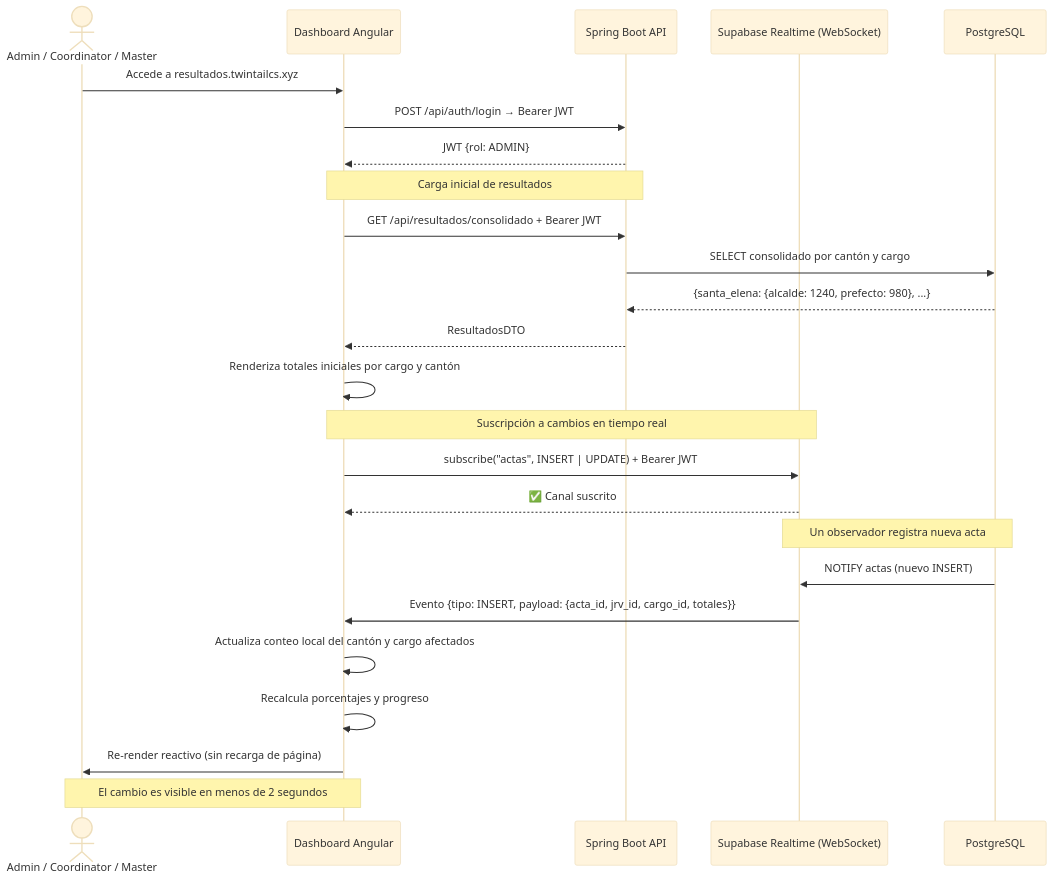
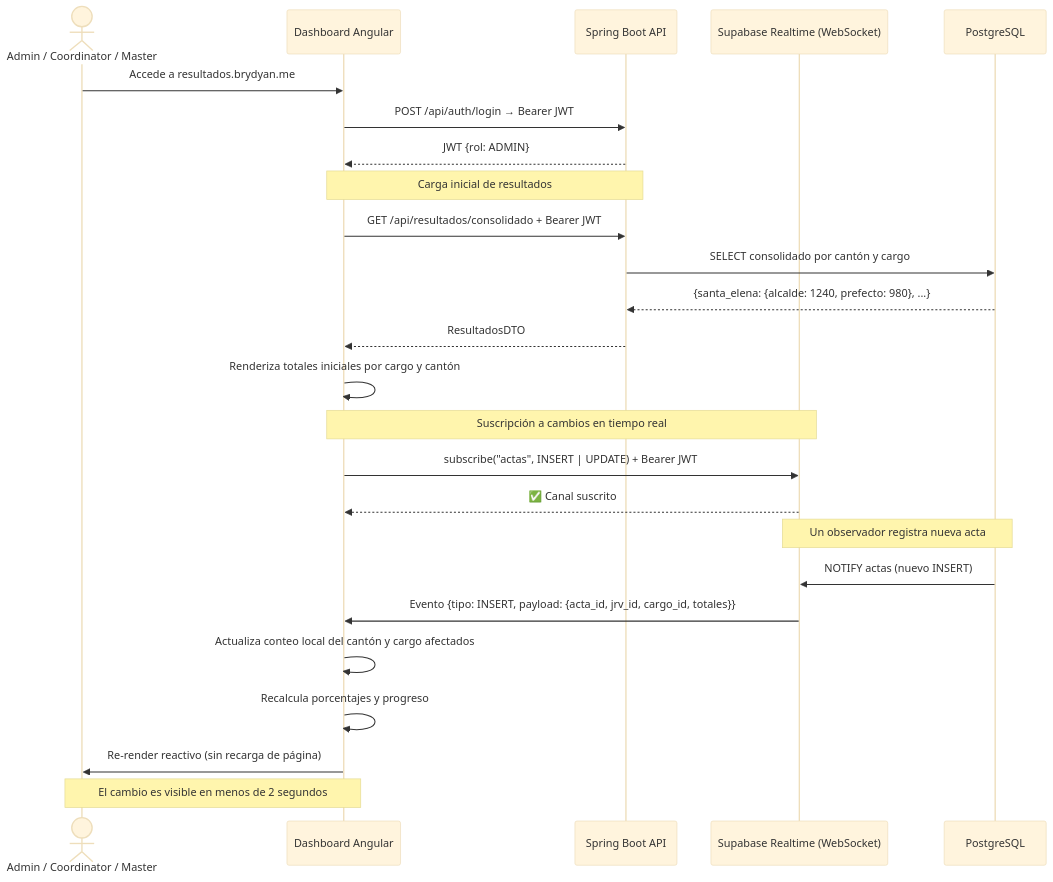
The diagram in documents/diagram/secuencias/09-dashboard-realtime.md (Brydyan/Control-s-Elector), drawn with Mermaid (base theme) before and after one commit. The commit also changed 6 other files, not shown here.

````diff
--- a/documents/diagram/secuencias/09-dashboard-realtime.md
+++ b/documents/diagram/secuencias/09-dashboard-realtime.md
@@ -6,36 +6,36 @@
 ```mermaid
 sequenceDiagram
     actor ADMIN_U as Admin / Coordinator / Master
     participant DASH as Dashboard Angular
     participant API as Spring Boot API
     participant WS as Supabase Realtime (WebSocket)
     participant PG as PostgreSQL
 
-    ADMIN_U->>DASH: Accede a resultados.twintailcs.xyz
+    ADMIN_U->>DASH: Accede a resultados.brydyan.me
     DASH->>API: POST /api/auth/login → Bearer JWT
     API-->>DASH: JWT {rol: ADMIN}
 
     Note over DASH,API: Carga inicial de resultados
 
     DASH->>API: GET /api/resultados/consolidado + Bearer JWT
     API->>PG: SELECT consolidado por cantón y cargo
     PG-->>API: {santa_elena: {alcalde: 1240, prefecto: 980}, ...}
     API-->>DASH: ResultadosDTO
     DASH->>DASH: Renderiza totales iniciales por cargo y cantón
 
     Note over DASH,WS: Suscripción a cambios en tiempo real
 
     DASH->>WS: subscribe("actas", INSERT | UPDATE) + Bearer JWT
     WS-->>DASH: ✅ Canal suscrito
 
     Note over WS,PG: Un observador registra nueva acta
 
     PG->>WS: NOTIFY actas (nuevo INSERT)
     WS->>DASH: Evento {tipo: INSERT, payload: {acta_id, jrv_id, cargo_id, totales}}
 
     DASH->>DASH: Actualiza conteo local del cantón y cargo afectados
     DASH->>DASH: Recalcula porcentajes y progreso
     DASH->>ADMIN_U: Re-render reactivo (sin recarga de página)
 
     Note over DASH,ADMIN_U: El cambio es visible en menos de 2 segundos
 ```
````
